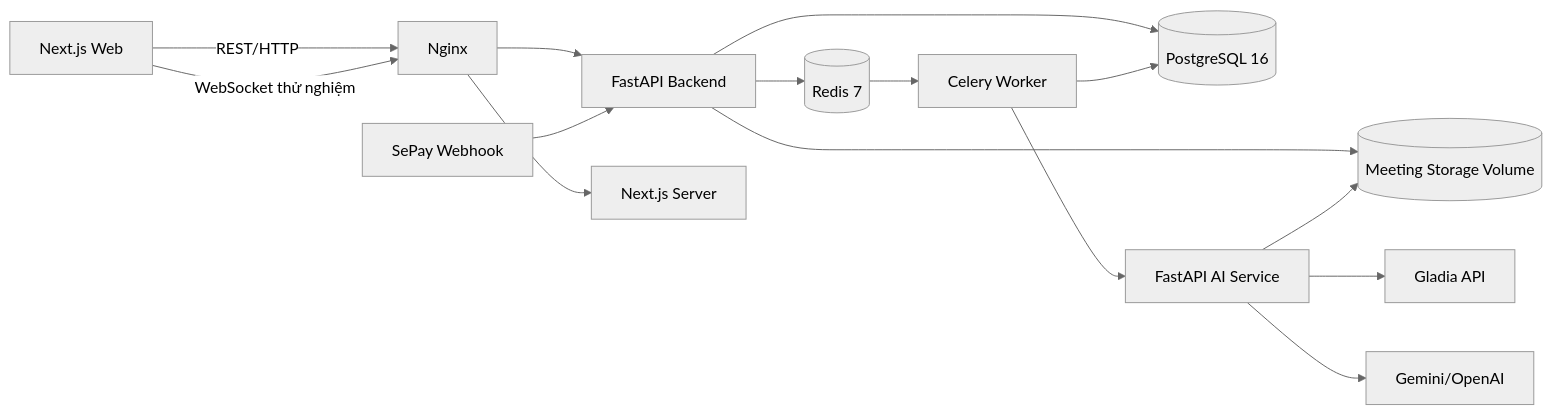
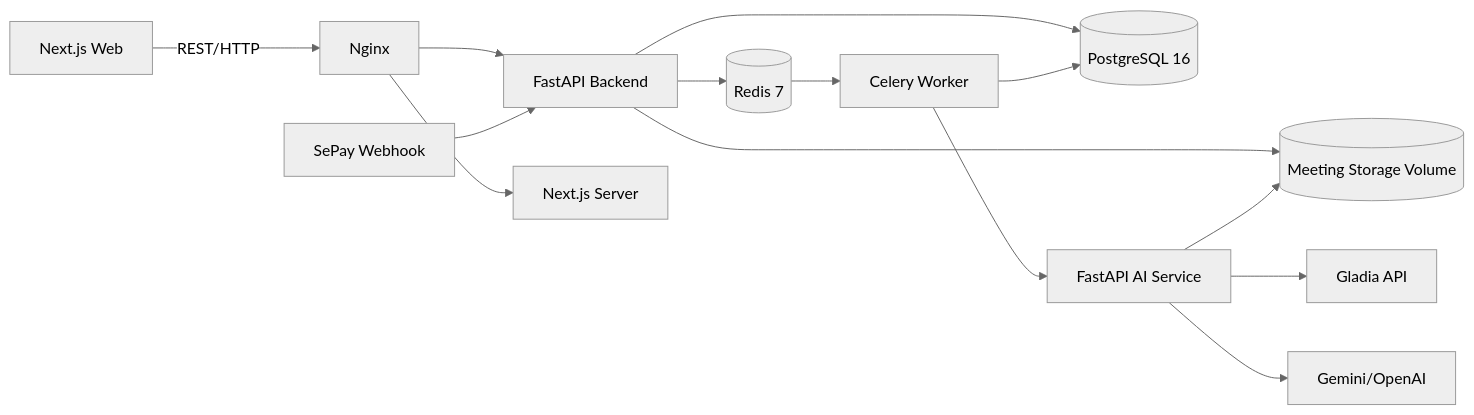
The diagram in docs/01-requirements/srs.md (plxgplxgplxg/meeting-voice-assistant), drawn with Mermaid (neutral theme) before and after one commit. The commit also changed other lines of this file and 234 other files, not shown here.

````diff
--- a/docs/01-requirements/srs.md
+++ b/docs/01-requirements/srs.md
@@ -50,17 +48,16 @@
 ```mermaid
 flowchart LR
     Browser[Next.js Web] -->|REST/HTTP| Nginx[Nginx]
-    Browser -->|WebSocket thử nghiệm| Nginx
     Nginx --> API[FastAPI Backend]
     Nginx --> Web[Next.js Server]
     API --> PG[(PostgreSQL 16)]
     API --> Redis[(Redis 7)]
     Redis --> Worker[Celery Worker]
     Worker --> AI[FastAPI AI Service]
     Worker --> PG
     API --> Volume[(Meeting Storage Volume)]
     AI --> Volume
     AI --> Gladia[Gladia API]
     AI --> LLM[Gemini/OpenAI]
     SePay[SePay Webhook] --> API
 ```
````
